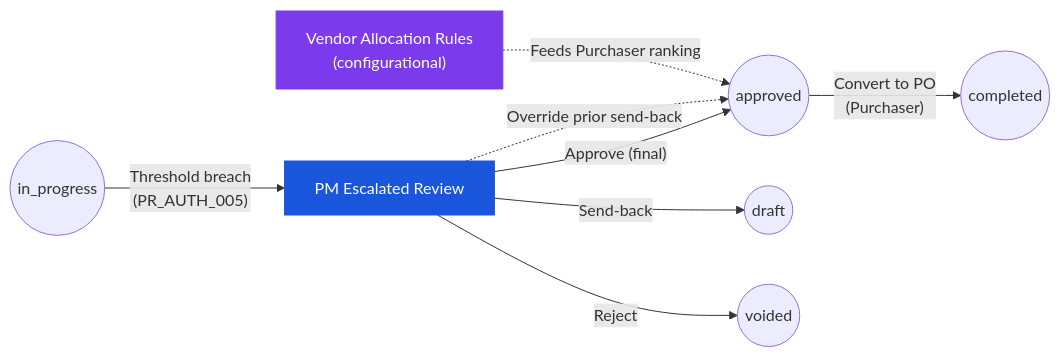
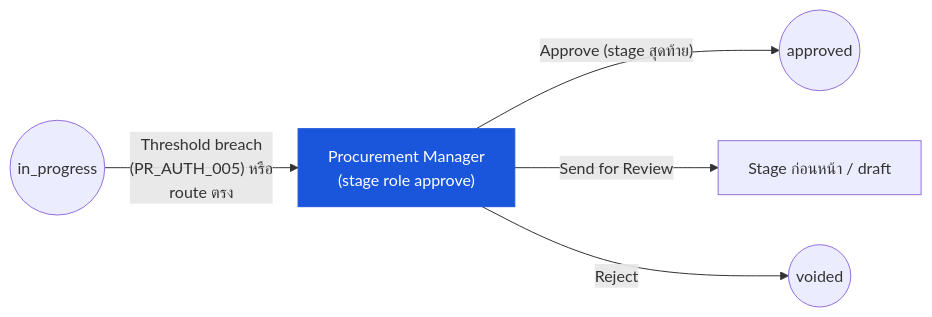
Before and after one commit to CarmenSoftware-organization/carmen-wiki: the diagram in th/inventory/purchase-request/03-user-flow-procurement-manager.md, drawn with Mermaid. The commit also changed other lines of this file and 12 other files, not shown here.

````diff
--- a/th/inventory/purchase-request/03-user-flow-procurement-manager.md
+++ b/th/inventory/purchase-request/03-user-flow-procurement-manager.md
@@ -23,12 +25,8 @@
 ```mermaid
 graph LR
-    inprog(("in_progress")) -->|"Threshold breach<br/>(PR_AUTH_005)"| pm["PM Escalated Review"]:::current
-    pm -->|"Approve (final)"| approved(("approved"))
-    pm -->|"Send-back"| draft(("draft"))
+    inprog(("in_progress")) -->|"Threshold breach<br/>(PR_AUTH_005) หรือ<br/>route ตรง"| pm["Procurement Manager<br/>(stage role approve)"]:::current
+    pm -->|"Approve (stage สุดท้าย)"| approved(("approved"))
+    pm -->|"Send for Review"| prior["Stage ก่อนหน้า / draft"]
     pm -->|"Reject"| voided(("voided"))
-    approved -->|"Convert to PO<br/>(Purchaser)"| completed(("completed"))
-    pm -.->|"Override prior send-back"| approved
-    cfg["Vendor Allocation Rules<br/>(configurational)"]:::current2 -.->|"Feeds Purchaser ranking"| approved
     classDef current fill:#1a56db,color:#fff,stroke:#1a56db;
-    classDef current2 fill:#7c3aed,color:#fff,stroke:#7c3aed;
 ```
````
